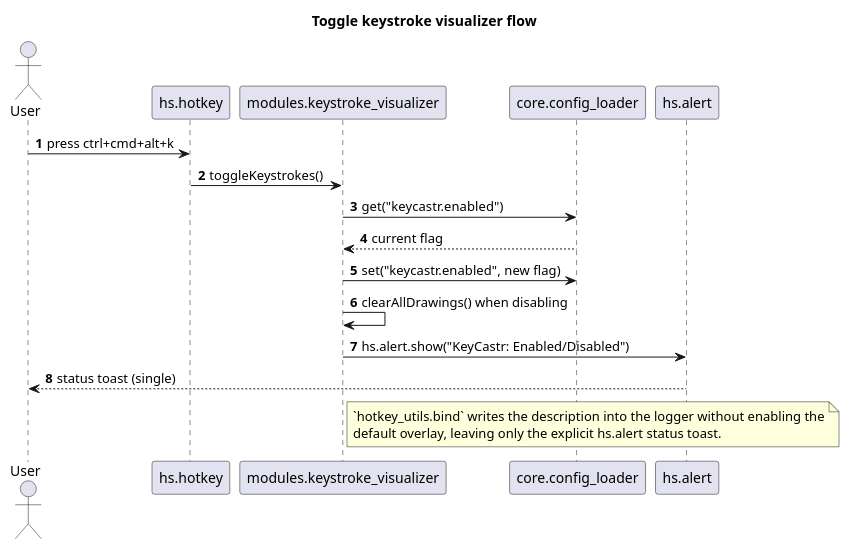
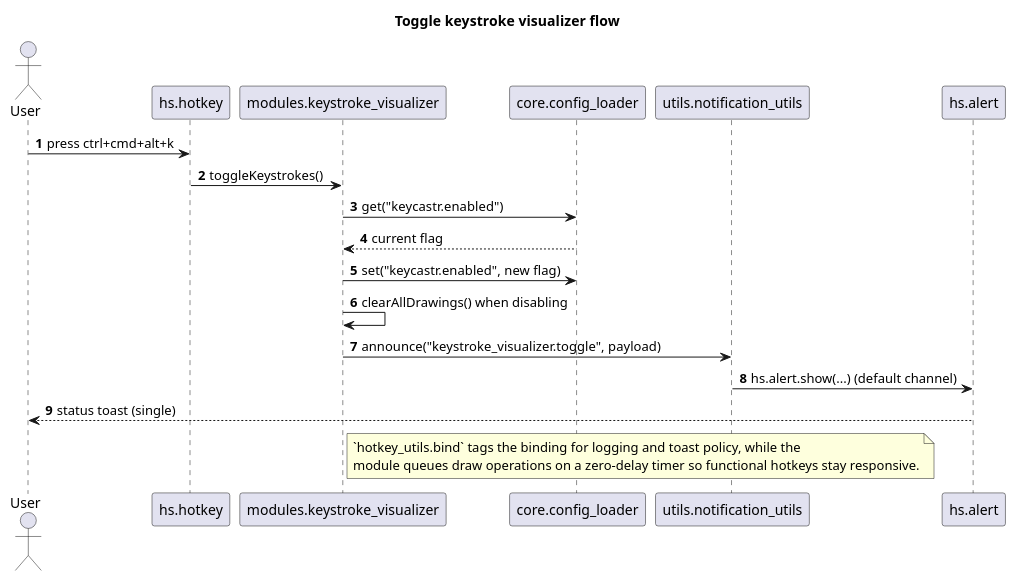
One commit to CsHeng/dot-hammerspoon changed the diagram in docs/modules/diagrams/keystroke_visualizer_sequence.puml. Above: the diagram before and after it, drawn with PlantUML. The commit also changed 12 other files, not shown here.

```diff
--- a/docs/modules/diagrams/keystroke_visualizer_sequence.puml
+++ b/docs/modules/diagrams/keystroke_visualizer_sequence.puml
@@ -1,26 +1,28 @@
 @startuml KeystrokeVisualizerSequence
 title Toggle keystroke visualizer flow
 
 actor User as user
 participant "hs.hotkey" as hotkey
 participant "modules.keystroke_visualizer" as keyviz
 participant "core.config_loader" as config
+participant "utils.notification_utils" as notification
 participant "hs.alert" as alert
 
 autonumber
 
 user -> hotkey: press ctrl+cmd+alt+k
 hotkey -> keyviz: toggleKeystrokes()
 keyviz -> config: get("keycastr.enabled")
 config --> keyviz: current flag
 keyviz -> config: set("keycastr.enabled", new flag)
 keyviz -> keyviz: clearAllDrawings() when disabling
-keyviz -> alert: hs.alert.show("KeyCastr: Enabled/Disabled")
+keyviz -> notification: announce("keystroke_visualizer.toggle", payload)
+notification -> alert: hs.alert.show(...) (default channel)
 alert --> user: status toast (single)
 
 note right of keyviz
-`hotkey_utils.bind` writes the description into the logger without enabling the
-default overlay, leaving only the explicit hs.alert status toast.
+`hotkey_utils.bind` tags the binding for logging and toast policy, while the
+module queues draw operations on a zero-delay timer so functional hotkeys stay responsive.
 end note
 
 @enduml
```
